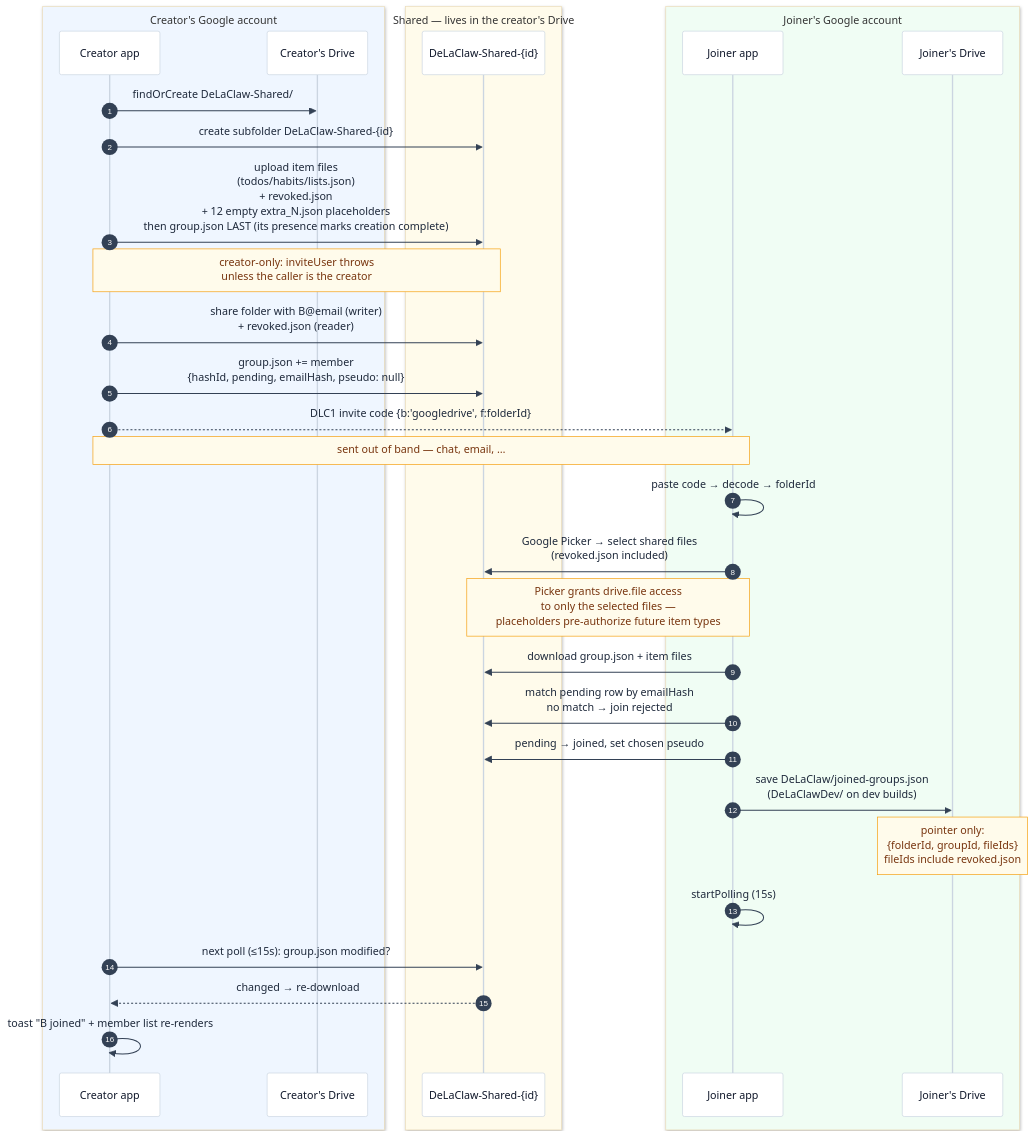
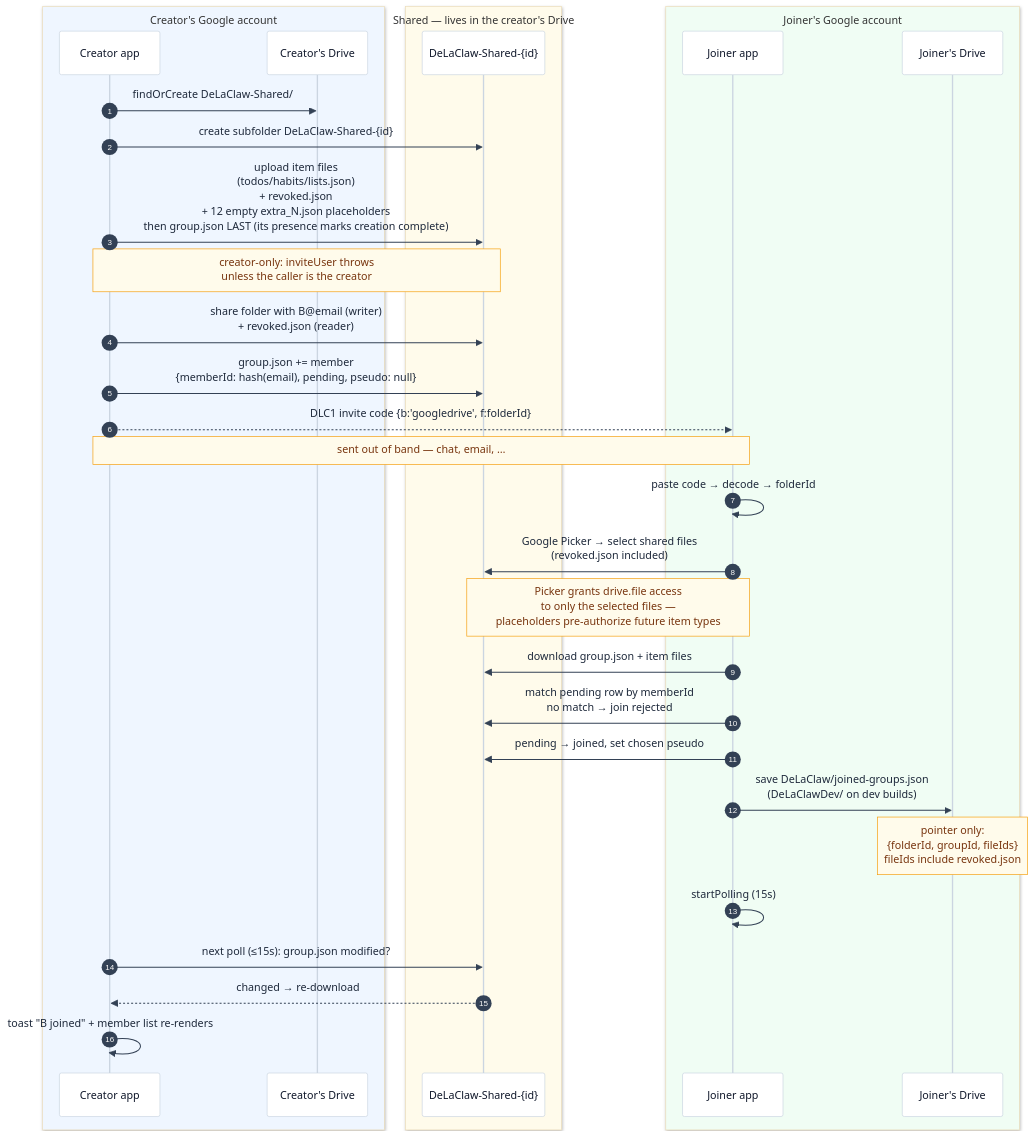
The fifth of 12 diagrams in docs-site/sharing.md (AntGro/DeLaClaw), drawn with Mermaid before and after one commit. The commit also changed other lines of this file and 8 other files, not shown here.

First line of the commit message:
refactor(sharing): stable member IDs derived from email hash

````diff
--- a/docs-site/sharing.md
+++ b/docs-site/sharing.md
@@ -125,37 +125,37 @@
 ```mermaid
 %%{init: {'theme': 'base', 'themeVariables': {'background': '#fbfaf8', 'actorBkg': '#ffffff', 'actorBorder': '#cbd5e1', 'actorTextColor': '#0f172a', 'actorLineColor': '#cbd5e1', 'signalColor': '#334155', 'signalTextColor': '#1e293b', 'noteBkgColor': '#fffbeb', 'noteBorderColor': '#f59e0b', 'noteTextColor': '#78350f', 'labelBoxBkgColor': '#0f172a', 'labelBoxBorderColor': '#0f172a', 'labelTextColor': '#ffffff'}}}%%
 sequenceDiagram
     autonumber
     box rgb(239,246,255) Creator's Google account
     participant CA as Creator app
     participant CD as Creator's Drive
     end
     box rgb(255,251,235) Shared — lives in the creator's Drive
     participant SF as DeLaClaw-Shared-{id}
     end
     box rgb(240,253,244) Joiner's Google account
     participant JA as Joiner app
     participant JD as Joiner's Drive
     end
 
     CA->>CD: findOrCreate DeLaClaw-Shared/
     CA->>SF: create subfolder DeLaClaw-Shared-{id}
     CA->>SF: upload item files<br/>(todos/habits/lists.json)<br/>+ revoked.json<br/>+ 12 empty extra_N.json placeholders<br/>then group.json LAST (its presence marks creation complete)
     Note over CA,SF: creator-only: inviteUser throws<br/>unless the caller is the creator
     CA->>SF: share folder with B@email (writer)<br/>+ revoked.json (reader)
-    CA->>SF: group.json += member<br/>{hashId, pending, emailHash, pseudo: null}
+    CA->>SF: group.json += member<br/>{memberId: hash(email), pending, pseudo: null}
     CA-->>JA: DLC1 invite code {b:'googledrive', f:folderId}
     Note over CA,JA: sent out of band — chat, email, …
     JA->>JA: paste code → decode → folderId
     JA->>SF: Google Picker → select shared files<br/>(revoked.json included)
     Note over JA,SF: Picker grants drive.file access<br/>to only the selected files —<br/>placeholders pre-authorize future item types
     JA->>SF: download group.json + item files
-    JA->>SF: match pending row by emailHash<br/>no match → join rejected
+    JA->>SF: match pending row by memberId<br/>no match → join rejected
     JA->>SF: pending → joined, set chosen pseudo
     JA->>JD: save DeLaClaw/joined-groups.json<br/>(DeLaClawDev/ on dev builds)
     Note over JD: pointer only:<br/>{folderId, groupId, fileIds}<br/>fileIds include revoked.json
     JA->>JA: startPolling (15s)
     CA->>SF: next poll (≤15s): group.json modified?
     SF-->>CA: changed → re-download
     CA->>CA: toast "B joined" + member list re-renders
 ```
````
